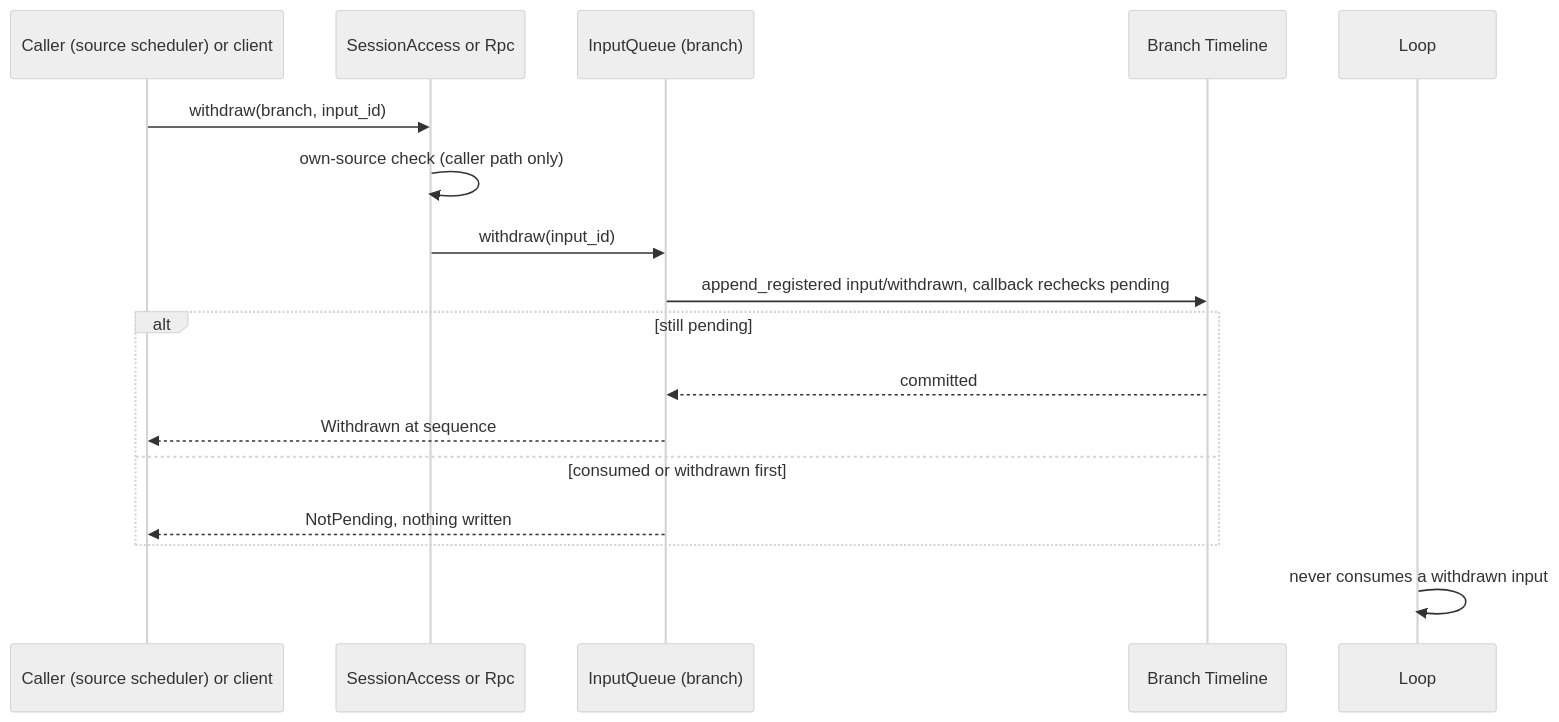
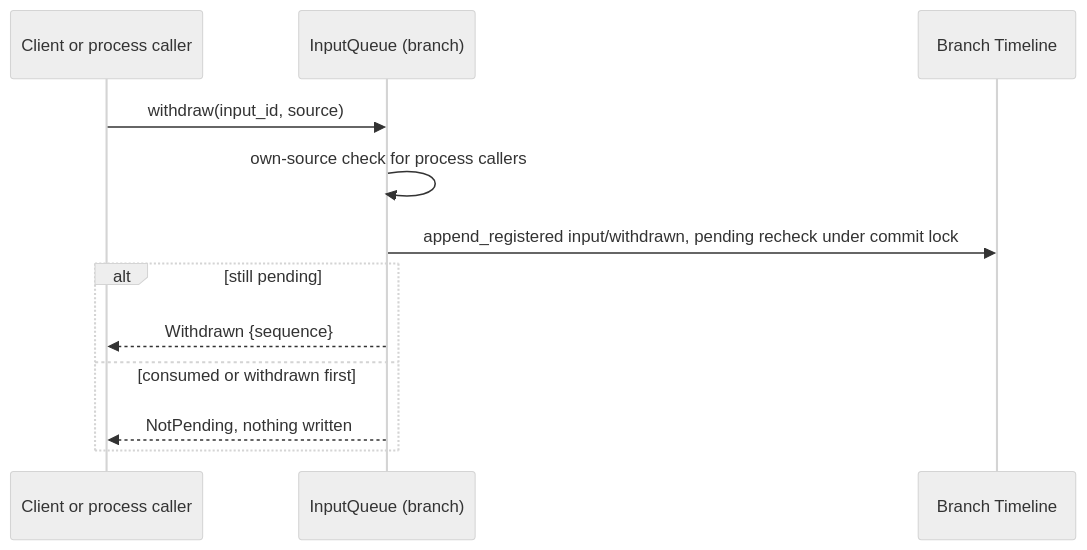
Before and after one commit to CoutinhoTTS/dim-agent: the third of 3 diagrams in docs/design/contracts/session-access.md, drawn with Mermaid (neutral theme). The commit also changed other lines of this file and 16 other files, not shown here.

````diff
--- a/docs/design/contracts/session-access.md
+++ b/docs/design/contracts/session-access.md
@@ -131,19 +99,14 @@
 ```mermaid
 sequenceDiagram
-  participant C as Caller (source scheduler) or client
-  participant SA as SessionAccess or Rpc
+  participant C as Client or process caller
   participant IQ as InputQueue (branch)
   participant TL as Branch Timeline
-  participant L as Loop
-  C->>SA: withdraw(branch, input_id)
-  SA->>SA: own-source check (caller path only)
-  SA->>IQ: withdraw(input_id)
-  IQ->>TL: append_registered input/withdrawn, callback rechecks pending
+  C->>IQ: withdraw(input_id, source)
+  IQ->>IQ: own-source check for process callers
+  IQ->>TL: append_registered input/withdrawn, pending recheck under commit lock
   alt still pending
-    TL-->>IQ: committed
-    IQ-->>C: Withdrawn at sequence
+    IQ-->>C: Withdrawn {sequence}
   else consumed or withdrawn first
     IQ-->>C: NotPending, nothing written
   end
-  L->>L: never consumes a withdrawn input
 ```
````
